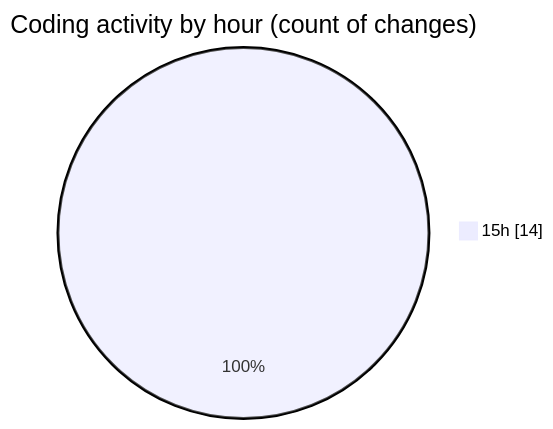
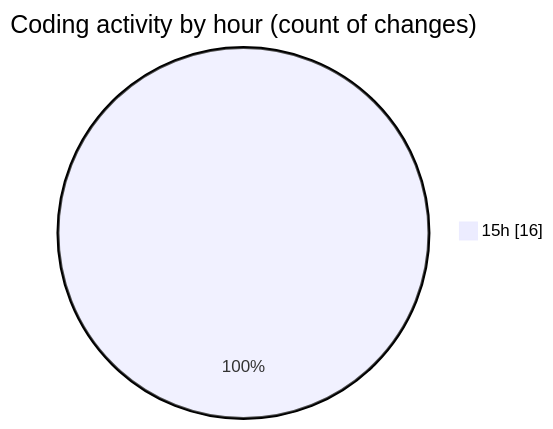
The second of 2 diagrams in 2025-03-23/wordle/README.md (donsfak/code-tracking), drawn with Mermaid before and after one commit. The commit also changed other lines of this file and 1 other file, not shown here.

````diff
--- a/2025-03-23/wordle/README.md
+++ b/2025-03-23/wordle/README.md
@@ -32,5 +32,5 @@
 ```mermaid
 pie showData
 title Coding activity by hour (count of changes)
-"15h" : 14
+"15h" : 16
 ```
````
